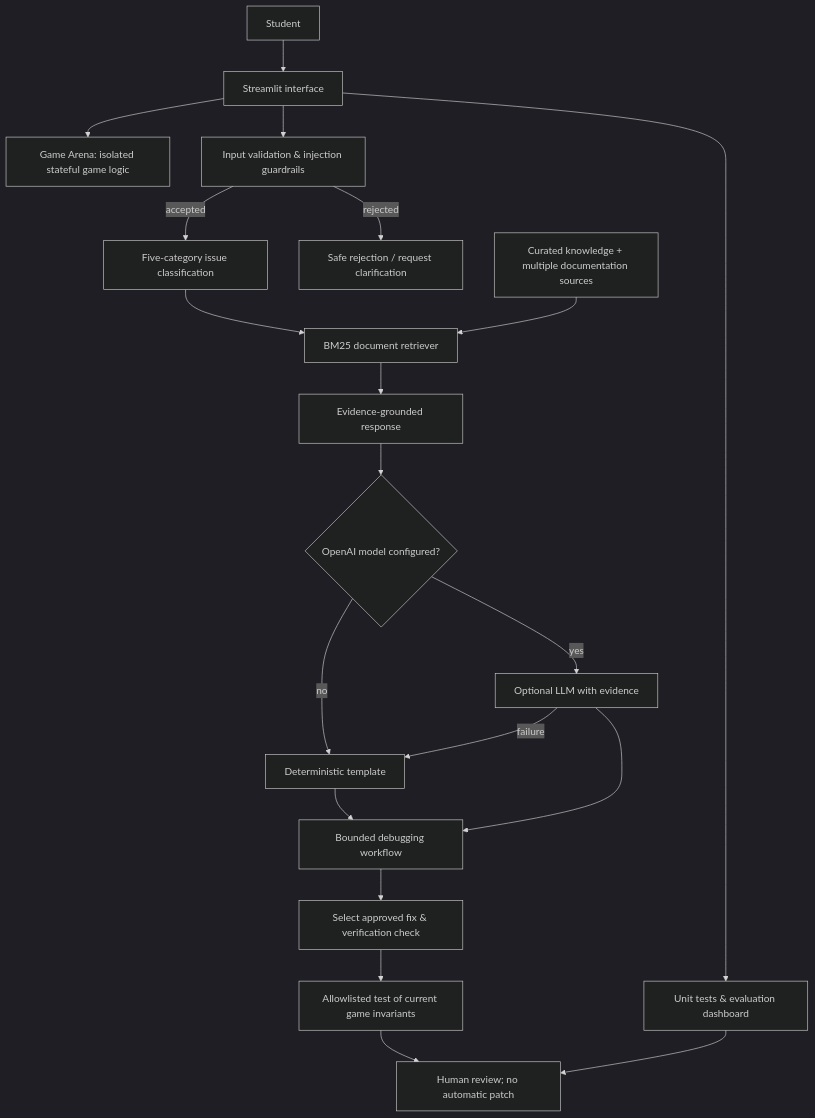
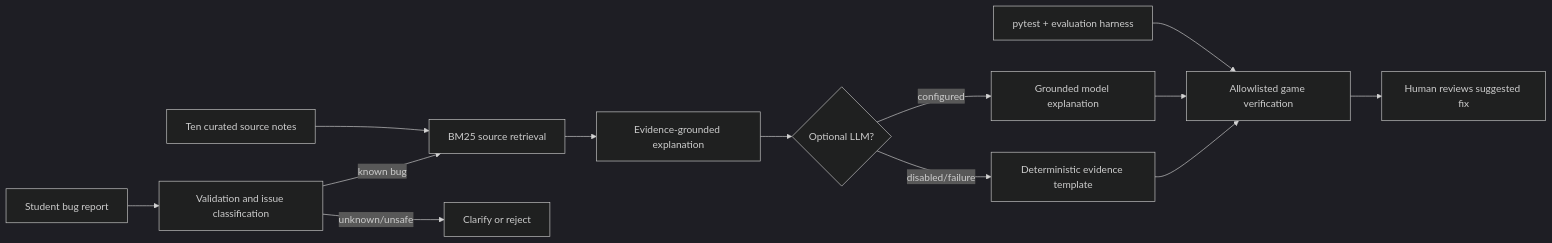
The diagram in README.md (harshapriyag123/game-glitch-investigator-ai), drawn with Mermaid (dark theme) before and after one commit. The commit also changed other lines of this file and 3 other files, not shown here.

Commit message:
docs: deliver evidence-backed CodePath README, agent traces, model card and presentation

````diff
--- a/README.md
+++ b/README.md
@@ -146,22 +41,15 @@
 ```mermaid
-flowchart TD
-  U["Student"] --> ST["Streamlit interface"]
-  ST --> GA["Game Arena: isolated stateful game logic"]
-  ST --> VAL["Input validation & injection guardrails"]
-  VAL -->|accepted| CL["Five-category issue classification"]
-  VAL -->|rejected| REJ["Safe rejection / request clarification"]
-  CL --> BM["BM25 document retriever"]
-  DOC["Curated knowledge + multiple documentation sources"] --> BM
-  BM --> OUT["Evidence-grounded response"]
-  OUT --> OPT{"OpenAI model configured?"}
-  OPT -->|no| TMP["Deterministic template"]
-  OPT -->|yes| LLM["Optional LLM with evidence"]
-  LLM -->|failure| TMP
-  TMP --> AG["Bounded debugging workflow"]
-  LLM --> AG
-  AG --> PLAN["Select approved fix & verification check"]
-  PLAN --> TEST["Allowlisted test of current game invariants"]
-  TEST --> HUMAN["Human review; no automatic patch"]
-  ST --> EV["Unit tests & evaluation dashboard"]
-  EV --> HUMAN
+flowchart LR
+ A["Student bug report"] --> B["Validation and issue classification"]
+ B -->|known bug| C["BM25 source retrieval"]
+ B -->|unknown/unsafe| X["Clarify or reject"]
+ D["Ten curated source notes"] --> C
+ C --> E["Evidence-grounded explanation"]
+ E --> F{"Optional LLM?"}
+ F -->|disabled/failure| G["Deterministic evidence template"]
+ F -->|configured| H["Grounded model explanation"]
+ G --> I["Allowlisted game verification"]
+ H --> I
+ I --> J["Human reviews suggested fix"]
+ K["pytest + evaluation harness"] --> I
 ```
````
